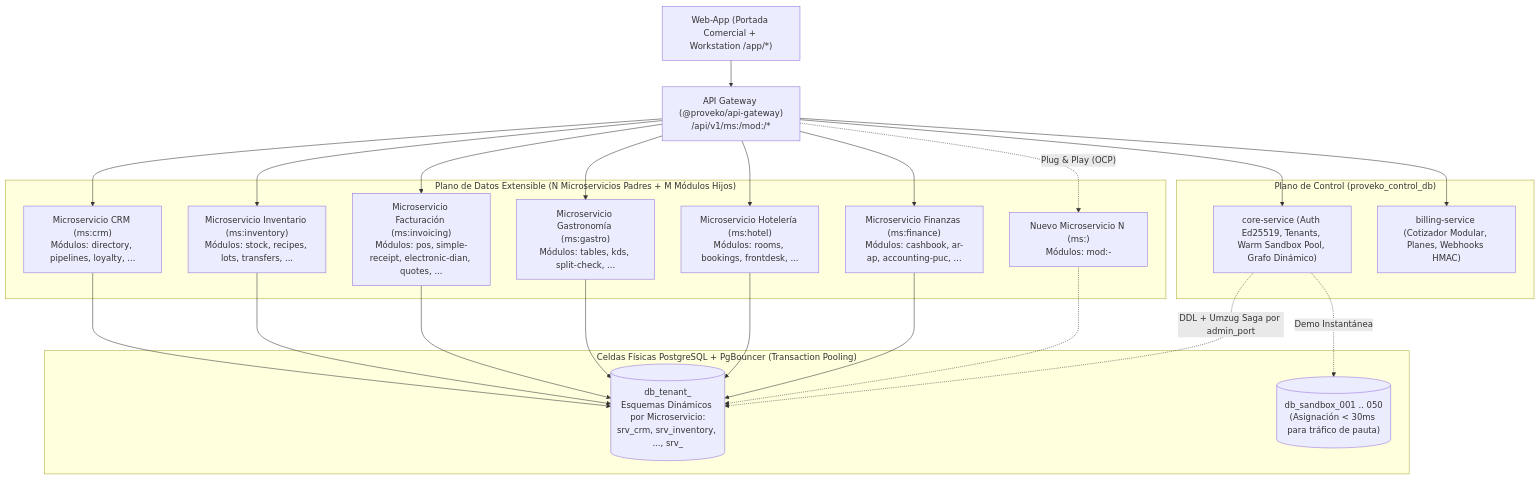
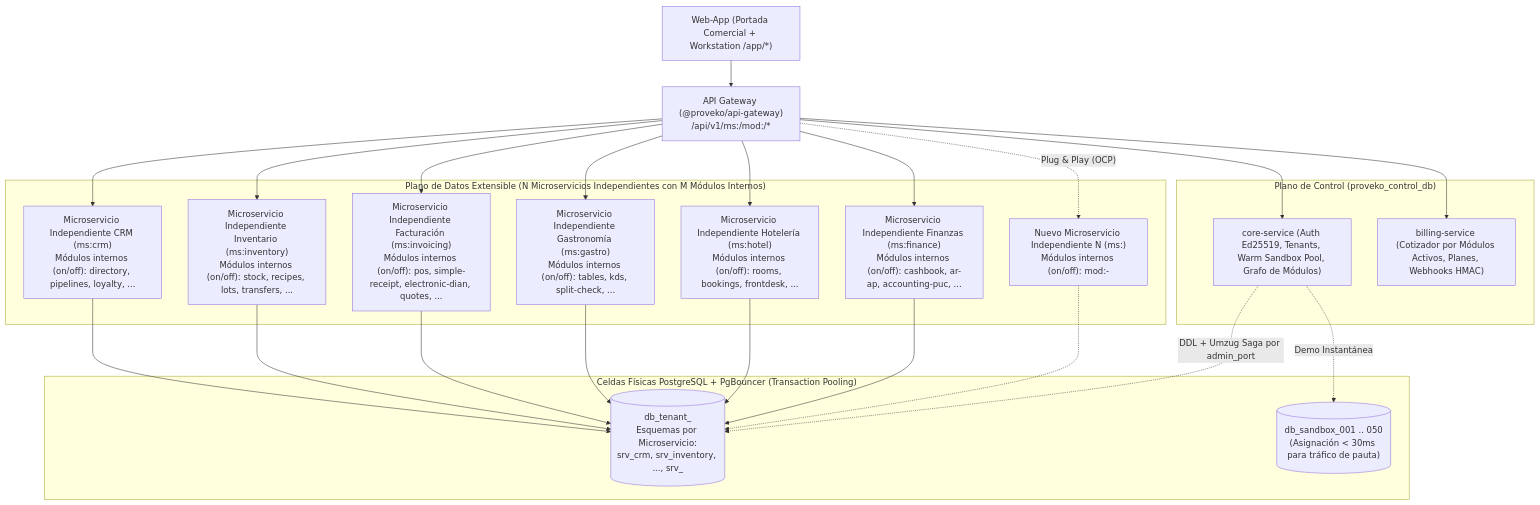
Before and after one commit to alexmargomez/Proveko: the diagram in README.md, drawn with Mermaid. The commit also changed other lines of this file and 27 other files, not shown here.

````diff
--- a/README.md
+++ b/README.md
@@ -21,44 +22,44 @@
 ```mermaid
 flowchart TD
     Client["Web-App (Portada Comercial + Workstation /app/*)"] --> GW["API Gateway (@proveko/api-gateway)\n/api/v1/ms:<microservicio>/mod:<modulo>/*"]
 
     subgraph ControlPlane["Plano de Control (proveko_control_db)"]
-        CoreSvc["core-service (Auth Ed25519, Tenants, Warm Sandbox Pool, Grafo Dinámico)"]
-        BillingSvc["billing-service (Cotizador Modular, Planes, Webhooks HMAC)"]
+        CoreSvc["core-service (Auth Ed25519, Tenants, Warm Sandbox Pool, Grafo de Módulos)"]
+        BillingSvc["billing-service (Cotizador por Módulos Activos, Planes, Webhooks HMAC)"]
     end
 
-    subgraph DataPlane["Plano de Datos Extensible (N Microservicios Padres + M Módulos Hijos)"]
-        SrvCrm["Microservicio CRM (ms:crm)\nMódulos: directory, pipelines, loyalty, ..."]
-        SrvInv["Microservicio Inventario (ms:inventory)\nMódulos: stock, recipes, lots, transfers, ..."]
-        SrvFac["Microservicio Facturación (ms:invoicing)\nMódulos: pos, simple-receipt, electronic-dian, quotes, ..."]
-        SrvGas["Microservicio Gastronomía (ms:gastro)\nMódulos: tables, kds, split-check, ..."]
-        SrvHot["Microservicio Hotelería (ms:hotel)\nMódulos: rooms, bookings, frontdesk, ..."]
-        SrvFin["Microservicio Finanzas (ms:finance)\nMódulos: cashbook, ar-ap, accounting-puc, ..."]
-        SrvNew["Nuevo Microservicio N (ms:<nuevo-dominio>)\nMódulos: mod:<nuevo-dominio>-<modulo-1..M>"]
+    subgraph DataPlane["Plano de Datos Extensible (N Microservicios Independientes con M Módulos Internos)"]
+        SrvCrm["Microservicio Independiente CRM (ms:crm)\nMódulos internos (on/off): directory, pipelines, loyalty, ..."]
+        SrvInv["Microservicio Independiente Inventario (ms:inventory)\nMódulos internos (on/off): stock, recipes, lots, transfers, ..."]
+        SrvFac["Microservicio Independiente Facturación (ms:invoicing)\nMódulos internos (on/off): pos, simple-receipt, electronic-dian, quotes, ..."]
+        SrvGas["Microservicio Independiente Gastronomía (ms:gastro)\nMódulos internos (on/off): tables, kds, split-check, ..."]
+        SrvHot["Microservicio Independiente Hotelería (ms:hotel)\nMódulos internos (on/off): rooms, bookings, frontdesk, ..."]
+        SrvFin["Microservicio Independiente Finanzas (ms:finance)\nMódulos internos (on/off): cashbook, ar-ap, accounting-puc, ..."]
+        SrvNew["Nuevo Microservicio Independiente N (ms:<nuevo-dominio>)\nMódulos internos (on/off): mod:<nuevo-dominio>-<modulo-1..M>"]
     end
 
     subgraph Cells["Celdas Físicas PostgreSQL + PgBouncer (Transaction Pooling)"]
-        CellA[("db_tenant_<id>\nEsquemas Dinámicos por Microservicio:\nsrv_crm, srv_inventory, ..., srv_<nuevo_dominio>")]
+        CellA[("db_tenant_<id>\nEsquemas por Microservicio:\nsrv_crm, srv_inventory, ..., srv_<nuevo_dominio>")]
         SandboxCell[("db_sandbox_001 .. 050\n(Asignación < 30ms para tráfico de pauta)")]
     end
 
     GW --> CoreSvc
     GW --> BillingSvc
     GW --> SrvCrm
     GW --> SrvInv
     GW --> SrvFac
     GW --> SrvGas
     GW --> SrvHot
     GW --> SrvFin
     GW -. "Plug & Play (OCP)" .-> SrvNew
 
     SrvCrm --> CellA
     SrvInv --> CellA
     SrvFac --> CellA
     SrvGas --> CellA
     SrvHot --> CellA
     SrvFin --> CellA
     SrvNew -.-> CellA
     CoreSvc -. "DDL + Umzug Saga por admin_port" .-> CellA
     CoreSvc -. "Demo Instantánea" .-> SandboxCell
 ```
````
